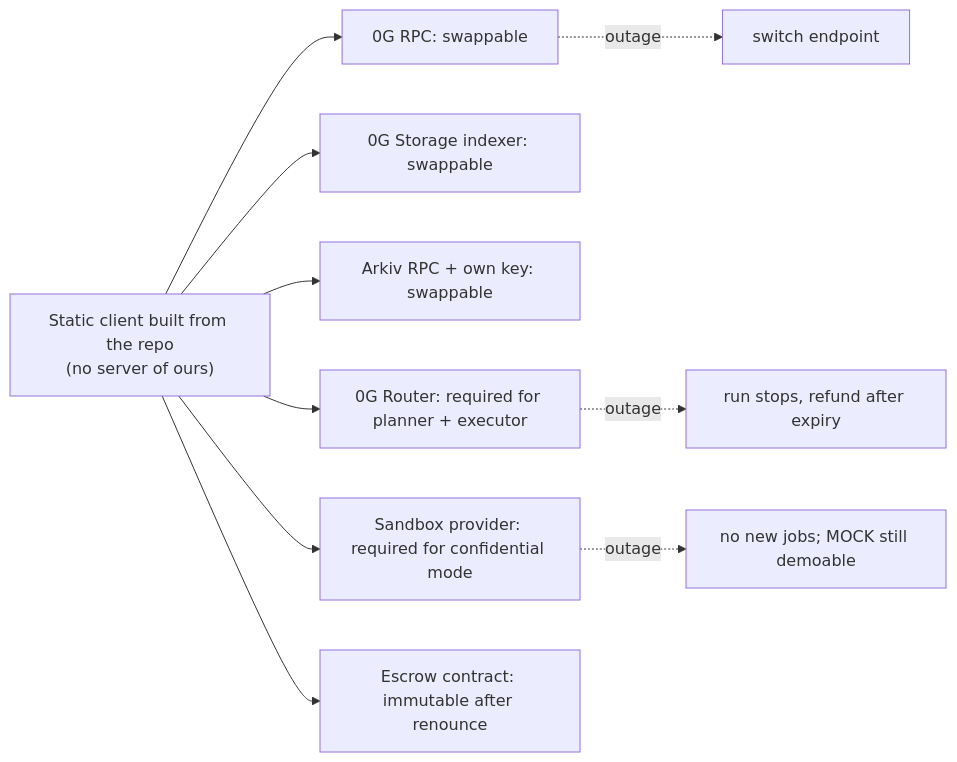
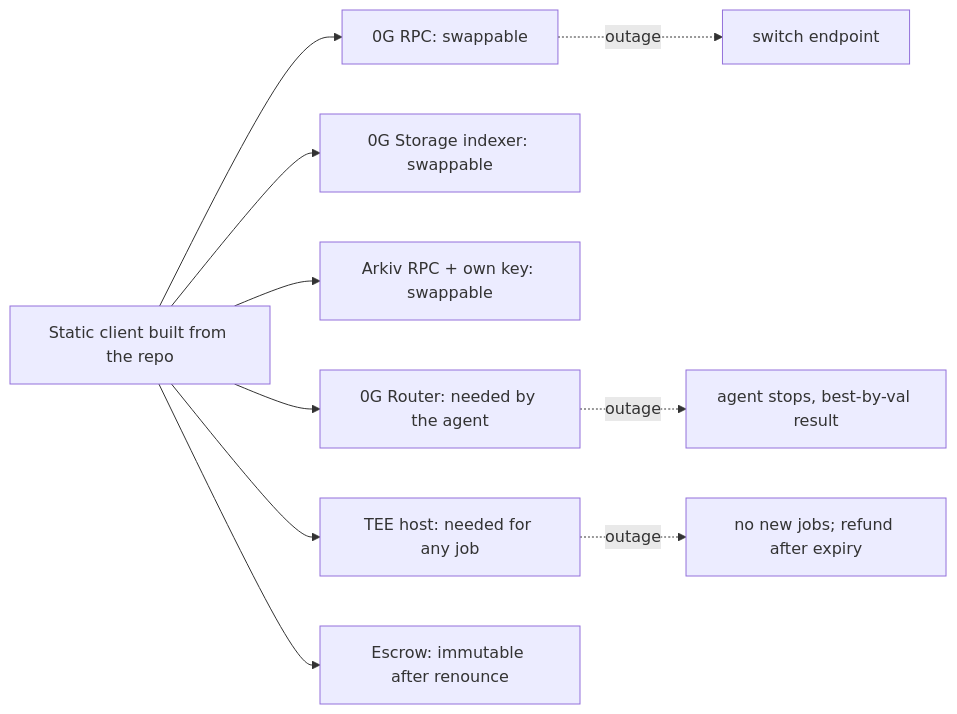
Before and after one commit to Soni-Shivam/Pivot_HTE: diagram 15 of 16 in docs/ARCHITECTURE.md, drawn with Mermaid. The commit also changed other lines of this file and 7 other files, not shown here.

First line of the commit message:
Plan rev 3: real model trained in the enclave, no mock mode

````diff
--- a/docs/ARCHITECTURE.md
+++ b/docs/ARCHITECTURE.md
@@ -414,12 +412,12 @@
 ```mermaid
 flowchart LR
-    APP["Static client built from the repo<br/>(no server of ours)"] --> RPC["0G RPC: swappable"]
+    APP["Static client built from the repo"] --> RPC["0G RPC: swappable"]
     APP --> IDX["0G Storage indexer: swappable"]
     APP --> AKR["Arkiv RPC + own key: swappable"]
-    APP --> RT["0G Router: required for planner + executor"]
-    APP --> SP["Sandbox provider: required for confidential mode"]
-    APP --> ESC["Escrow contract: immutable after renounce"]
-    RPC -. "outage" .-> F1["switch endpoint"]
-    RT -. "outage" .-> F2["run stops, refund after expiry"]
-    SP -. "outage" .-> F3["no new jobs; MOCK still demoable"]
+    APP --> RT["0G Router: needed by the agent"]
+    APP --> HW["TEE host: needed for any job"]
+    APP --> ESC["Escrow: immutable after renounce"]
+    RT -. "outage" .-> F1["agent stops, best-by-val result"]
+    HW -. "outage" .-> F2["no new jobs; refund after expiry"]
+    RPC -. "outage" .-> F3["switch endpoint"]
 ```
````
